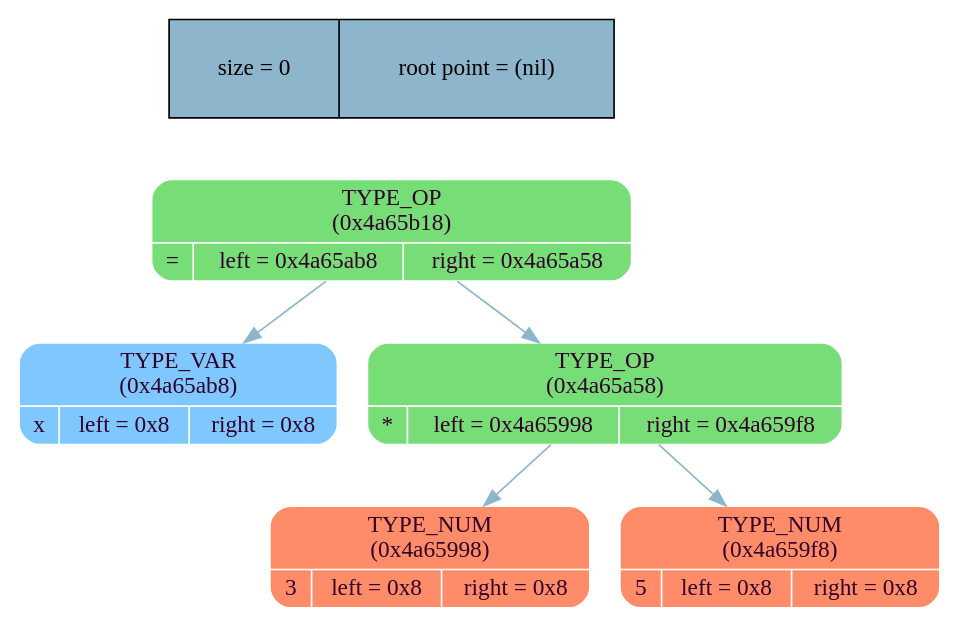
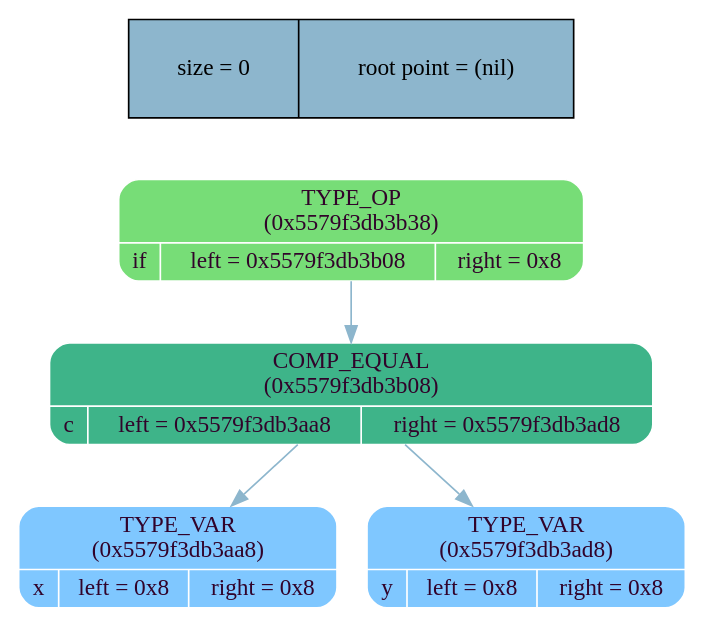
The diagram in tree/graph_lib/tree_dump.dot (MaxGroshev/language), drawn with Graphviz before and after one commit. The commit also changed 17 other files, not shown here.

```diff
--- a/tree/graph_lib/tree_dump.dot
+++ b/tree/graph_lib/tree_dump.dot
@@ -1,18 +1,16 @@
 digraph   
 {
 rankdir = ""
 splines = "true"
 
 node_stat [margin = "0.3*0.3", style = "filled", shape = "record", fillcolor = "#8DB6CD" label = " size = 0 | root point = (nil)"]
 {rank = source; node_stat}
 
-node0x4a65b18 [shape = "Mrecord", fillcolor = "#77DD77", style = "filled", fontcolor = "#31032A", fontname = "Calibri", color = "white", label = "{TYPE_OP\n (0x4a65b18)| {= |left = 0x4a65ab8 |right = 0x4a65a58}}"]
-node0x4a65b18 -> node0x4a65ab8 [color = "#8DB6CD", style = "", constraint = true, fillcolor = "#8DB6CD",   fontcolor = "", fontname = "Calibri", label = ""];
-node0x4a65ab8 [shape = "Mrecord", fillcolor = "#7FC7FF", style = "filled", fontcolor = "#31032A", fontname = "Calibri", color = "white", label = "{TYPE_VAR\n (0x4a65ab8)| {x |left = 0x8 |right = 0x8}}"]
-node0x4a65b18 -> node0x4a65a58 [color = "#8DB6CD", style = "", constraint = true, fillcolor = "#8DB6CD",   fontcolor = "", fontname = "Calibri", label = ""];
-node0x4a65a58 [shape = "Mrecord", fillcolor = "#77DD77", style = "filled", fontcolor = "#31032A", fontname = "Calibri", color = "white", label = "{TYPE_OP\n (0x4a65a58)| {* |left = 0x4a65998 |right = 0x4a659f8}}"]
-node0x4a65a58 -> node0x4a65998 [color = "#8DB6CD", style = "", constraint = true, fillcolor = "#8DB6CD",   fontcolor = "", fontname = "Calibri", label = ""];
-node0x4a65998 [shape = "Mrecord", fillcolor = "#FF8C69", style = "filled", fontcolor = "#31032A", fontname = "Calibri", color = "white", label = "{TYPE_NUM\n (0x4a65998)| {3 |left = 0x8 |right = 0x8}}"]
-node0x4a65a58 -> node0x4a659f8 [color = "#8DB6CD", style = "", constraint = true, fillcolor = "#8DB6CD",   fontcolor = "", fontname = "Calibri", label = ""];
-node0x4a659f8 [shape = "Mrecord", fillcolor = "#FF8C69", style = "filled", fontcolor = "#31032A", fontname = "Calibri", color = "white", label = "{TYPE_NUM\n (0x4a659f8)| {5 |left = 0x8 |right = 0x8}}"]
+node0x5579f3db3b38 [shape = "Mrecord", fillcolor = "#77DD77", style = "filled", fontcolor = "#31032A", fontname = "Calibri", color = "white", label = "{TYPE_OP\n (0x5579f3db3b38)| {if |left = 0x5579f3db3b08 |right = 0x8}}"]
+node0x5579f3db3b38 -> node0x5579f3db3b08 [color = "#8DB6CD", style = "", constraint = true, fillcolor = "#8DB6CD",   fontcolor = "", fontname = "Calibri", label = ""];
+node0x5579f3db3b08 [shape = "Mrecord", fillcolor = "#3EB489", style = "filled", fontcolor = "#31032A", fontname = "Calibri", color = "white", label = "{COMP_EQUAL\n (0x5579f3db3b08)| {c |left = 0x5579f3db3aa8 |right = 0x5579f3db3ad8}}"]
+node0x5579f3db3b08 -> node0x5579f3db3aa8 [color = "#8DB6CD", style = "", constraint = true, fillcolor = "#8DB6CD",   fontcolor = "", fontname = "Calibri", label = ""];
+node0x5579f3db3aa8 [shape = "Mrecord", fillcolor = "#7FC7FF", style = "filled", fontcolor = "#31032A", fontname = "Calibri", color = "white", label = "{TYPE_VAR\n (0x5579f3db3aa8)| {x |left = 0x8 |right = 0x8}}"]
+node0x5579f3db3b08 -> node0x5579f3db3ad8 [color = "#8DB6CD", style = "", constraint = true, fillcolor = "#8DB6CD",   fontcolor = "", fontname = "Calibri", label = ""];
+node0x5579f3db3ad8 [shape = "Mrecord", fillcolor = "#7FC7FF", style = "filled", fontcolor = "#31032A", fontname = "Calibri", color = "white", label = "{TYPE_VAR\n (0x5579f3db3ad8)| {y |left = 0x8 |right = 0x8}}"]
 }
```
